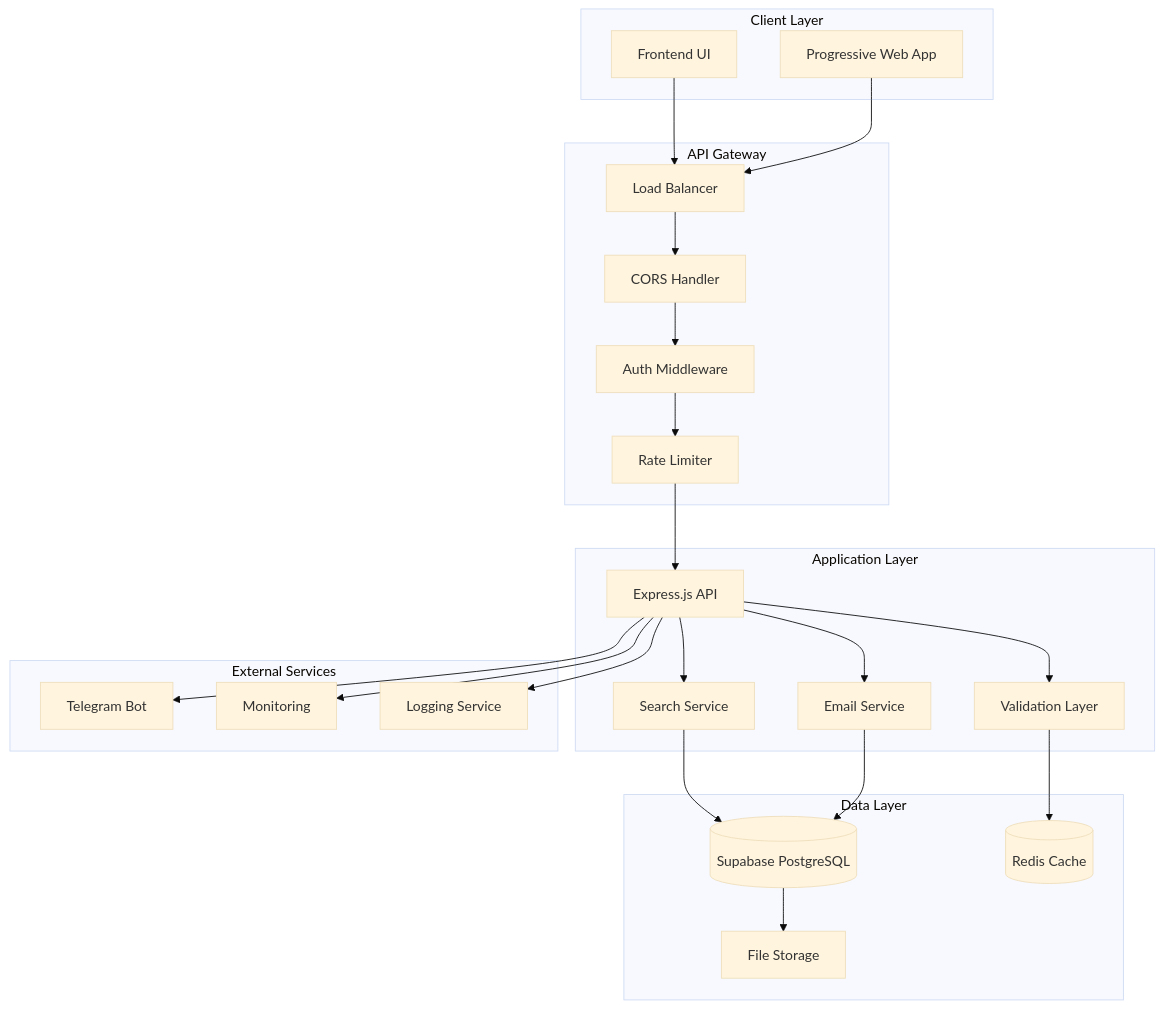
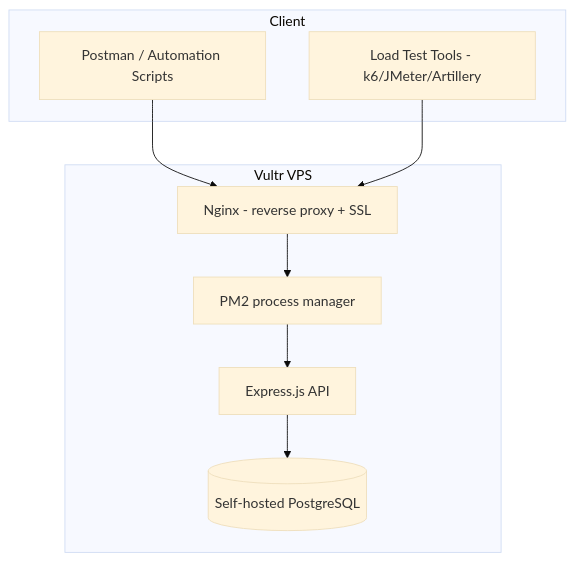
One commit to Hendrich/script-labs changed the first of 2 diagrams in docs/SYSTEM_ARCHITECTURE_V2.md. Above: the diagram before and after it, drawn with Mermaid (base theme). The commit also changed other lines of this file and 9 other files, not shown here.

````diff
--- a/docs/SYSTEM_ARCHITECTURE_V2.md
+++ b/docs/SYSTEM_ARCHITECTURE_V2.md
@@ -18,54 +18,20 @@
 ```mermaid
 graph TB
-    subgraph "Client Layer"
-        FE[Frontend UI]
-        PWA[Progressive Web App]
+    subgraph "Client"
+        POSTMAN[Postman / Automation Scripts]
+        LOADTEST[Load Test Tools - k6/JMeter/Artillery]
     end
 
-    subgraph "API Gateway"
-        LB[Load Balancer]
-        CORS[CORS Handler]
-        AUTH[Auth Middleware]
-        RATE[Rate Limiter]
+    subgraph "Vultr VPS"
+        NGINX[Nginx - reverse proxy + SSL]
+        PM2[PM2 process manager]
+        API[Express.js API]
+        PG[(Self-hosted PostgreSQL)]
     end
 
-    subgraph "Application Layer"
-        API[Express.js API]
-        SEARCH[Search Service]
-        EMAIL[Email Service]
-        VALID[Validation Layer]
-    end
-
-    subgraph "Data Layer"
-        SUPABASE[(Supabase PostgreSQL)]
-        REDIS[(Redis Cache)]
-        FILES[File Storage]
-    end
-
-    subgraph "External Services"
-        TELEGRAM[Telegram Bot]
-        MONITOR[Monitoring]
-        LOGS[Logging Service]
-    end
-
-    FE --> LB
-    PWA --> LB
-    LB --> CORS
-    CORS --> AUTH
-    AUTH --> RATE
-    RATE --> API
-
-    API --> SEARCH
-    API --> EMAIL
-    API --> VALID
-
-    SEARCH --> SUPABASE
-    EMAIL --> SUPABASE
-    VALID --> REDIS
-
-    API --> TELEGRAM
-    API --> MONITOR
-    API --> LOGS
-
-    SUPABASE --> FILES
+    POSTMAN --> NGINX
+    LOADTEST --> NGINX
+    NGINX --> PM2
+    PM2 --> API
+    API --> PG
 ```
````
